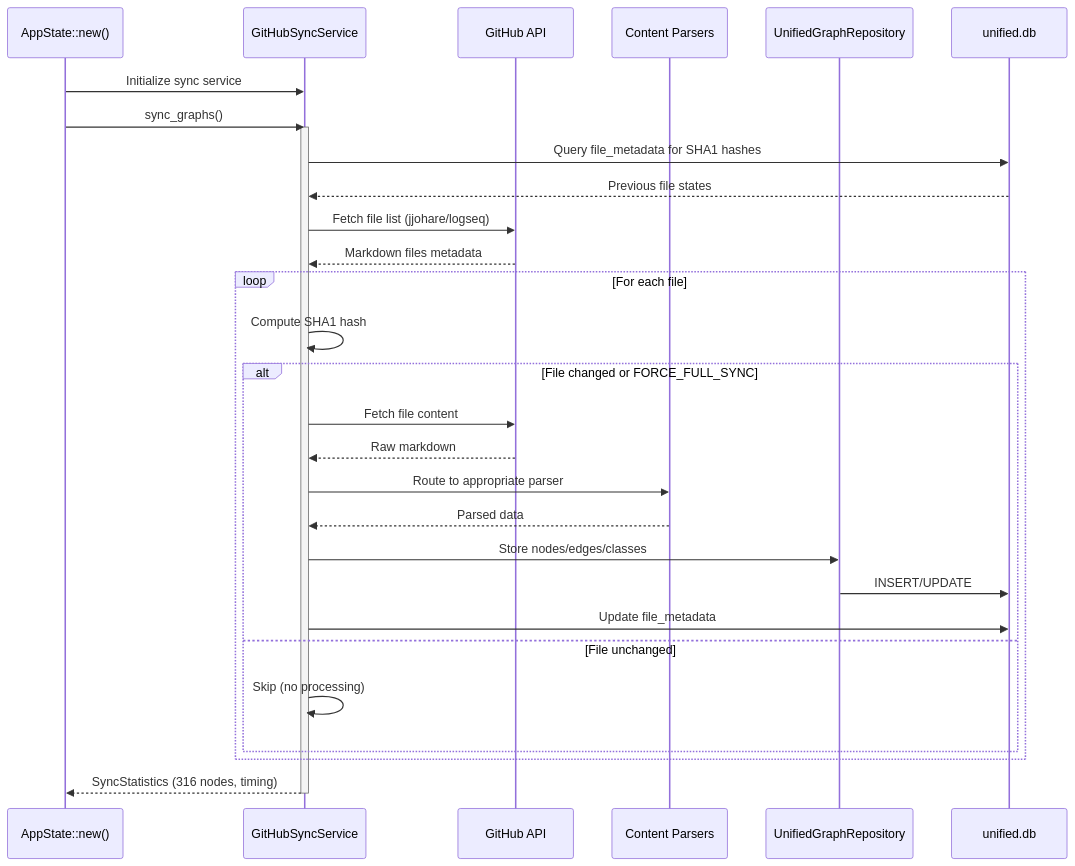
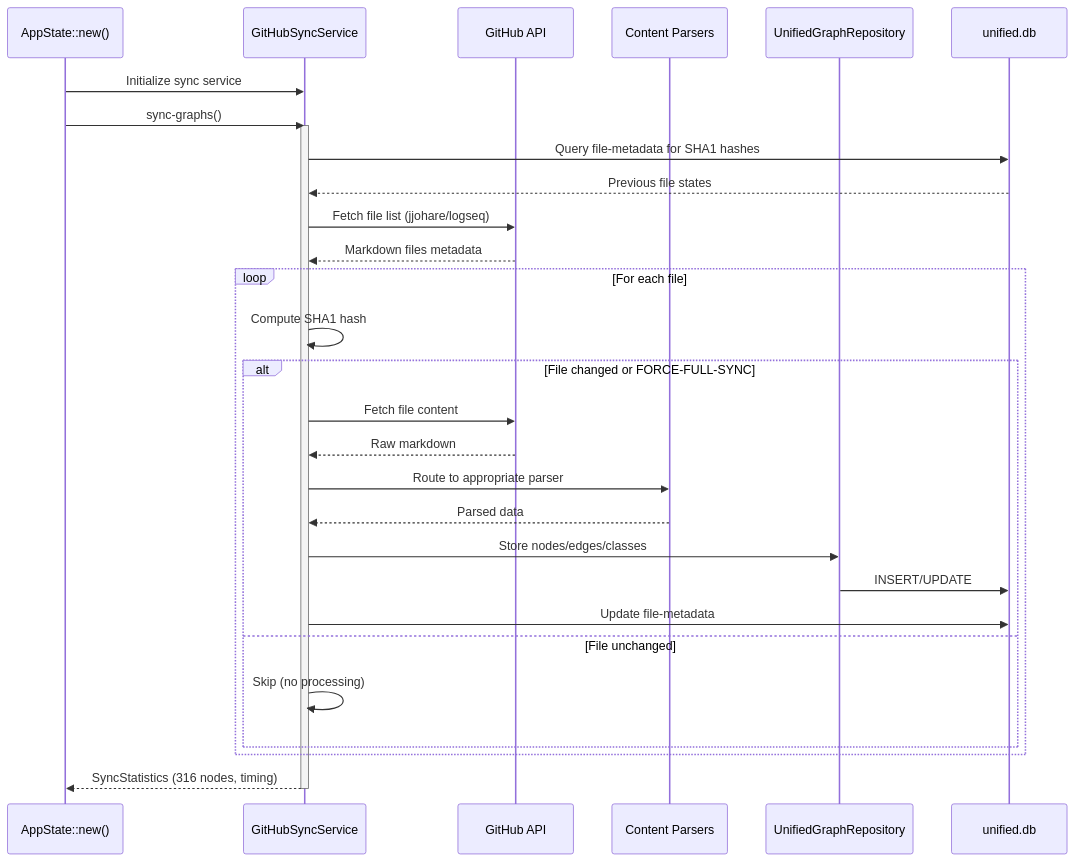
The second of 7 diagrams in docs/concepts/architecture/data-flow-complete.md (DreamLab-AI/VisionFlow), drawn with Mermaid before and after one commit. The commit also changed other lines of this file and 184 other files, not shown here.

````diff
--- a/docs/concepts/architecture/data-flow-complete.md
+++ b/docs/concepts/architecture/data-flow-complete.md
@@ -98,37 +98,37 @@
 ```mermaid
 sequenceDiagram
     participant App as AppState::new()
     participant Sync as GitHubSyncService
     participant GH as GitHub API
     participant Parser as Content Parsers
     participant Repo as UnifiedGraphRepository
     participant DB as unified.db
 
     App->>Sync: Initialize sync service
-    App->>Sync: sync_graphs()
+    App->>Sync: sync-graphs()
 
     activate Sync
-    Sync->>DB: Query file_metadata for SHA1 hashes
+    Sync->>DB: Query file-metadata for SHA1 hashes
     DB-->>Sync: Previous file states
 
     Sync->>GH: Fetch file list (jjohare/logseq)
     GH-->>Sync: Markdown files metadata
 
     loop For each file
         Sync->>Sync: Compute SHA1 hash
-        alt File changed or FORCE_FULL_SYNC
+        alt File changed or FORCE-FULL-SYNC
             Sync->>GH: Fetch file content
             GH-->>Sync: Raw markdown
             Sync->>Parser: Route to appropriate parser
             Parser-->>Sync: Parsed data
             Sync->>Repo: Store nodes/edges/classes
             Repo->>DB: INSERT/UPDATE
-            Sync->>DB: Update file_metadata
+            Sync->>DB: Update file-metadata
         else File unchanged
             Sync->>Sync: Skip (no processing)
         end
     end
 
     Sync-->>App: SyncStatistics (316 nodes, timing)
     deactivate Sync
 ```
````
